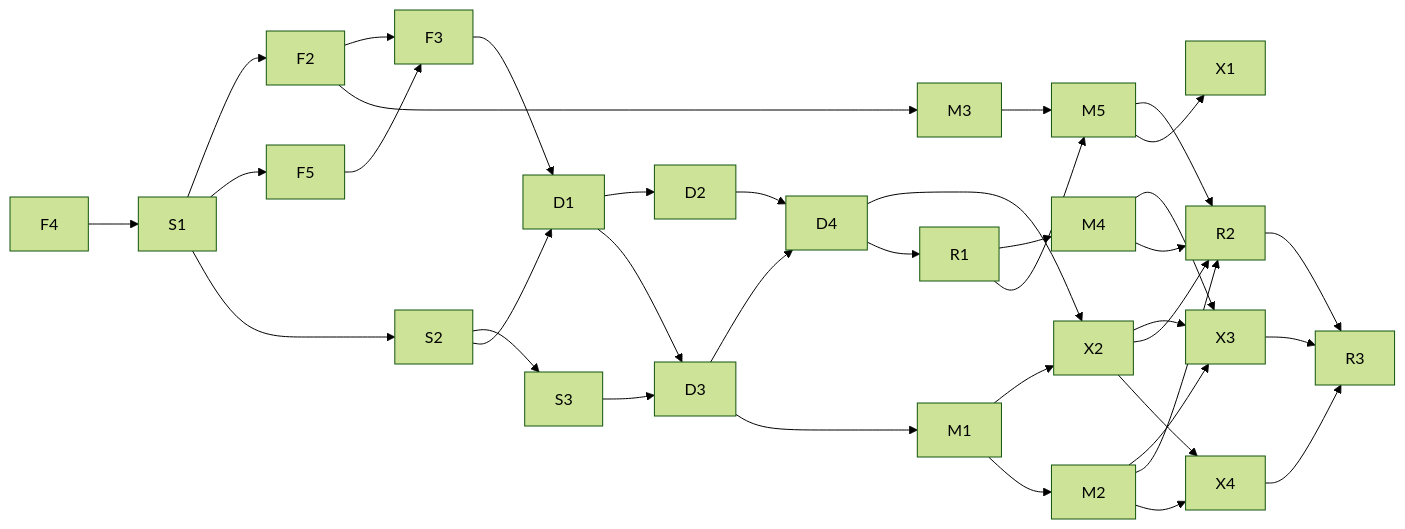
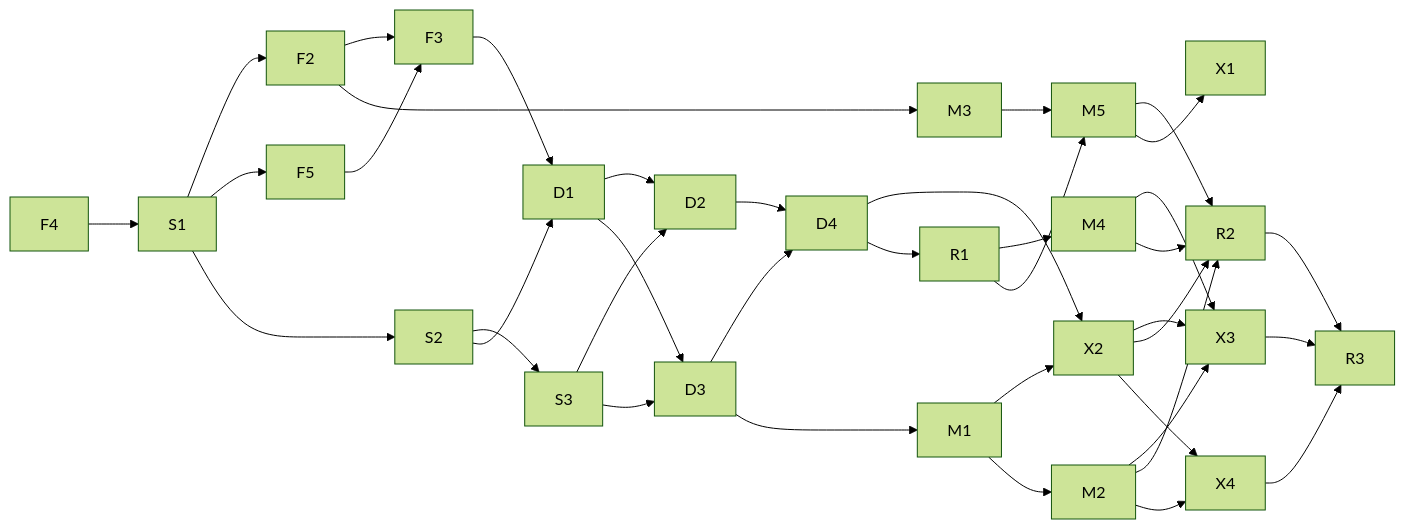
One commit to ppat/mediated-mailbox-mcp changed the second of 2 diagrams in ROADMAP.md. Above: the diagram before and after it, drawn with Mermaid (forest theme). The commit also changed other lines of this file and 55 other files, not shown here.

````diff
--- a/ROADMAP.md
+++ b/ROADMAP.md
@@ -1051,39 +1071,40 @@
 ```mermaid
 flowchart LR
     F4 --> S1
     S1 --> F2
     S1 --> F5
     S1 --> S2
     S2 --> S3
     F2 --> F3
     F5 --> F3
     F2 --> M3
     M3 --> M5
     S2 --> D1
     F3 --> D1
     D1 --> D2
+    S3 --> D2
     R1 --> M4
     R1 --> M5
     S3 --> D3
     D1 --> D3
     D2 --> D4
     D3 --> D4
     D3 --> M1
     M1 --> X2
     D4 --> X2
     M1 --> M2
     M2 --> X3
     M4 --> X3
     X2 --> X3
     D4 --> R1
     M2 --> R2
     M5 --> R2
     X2 --> R2
     M4 --> R2
     X3 --> R3
     R2 --> R3
     X2 --> X4
     M2 --> X4
     X4 --> R3
     M5 --> X1
 ```
````
